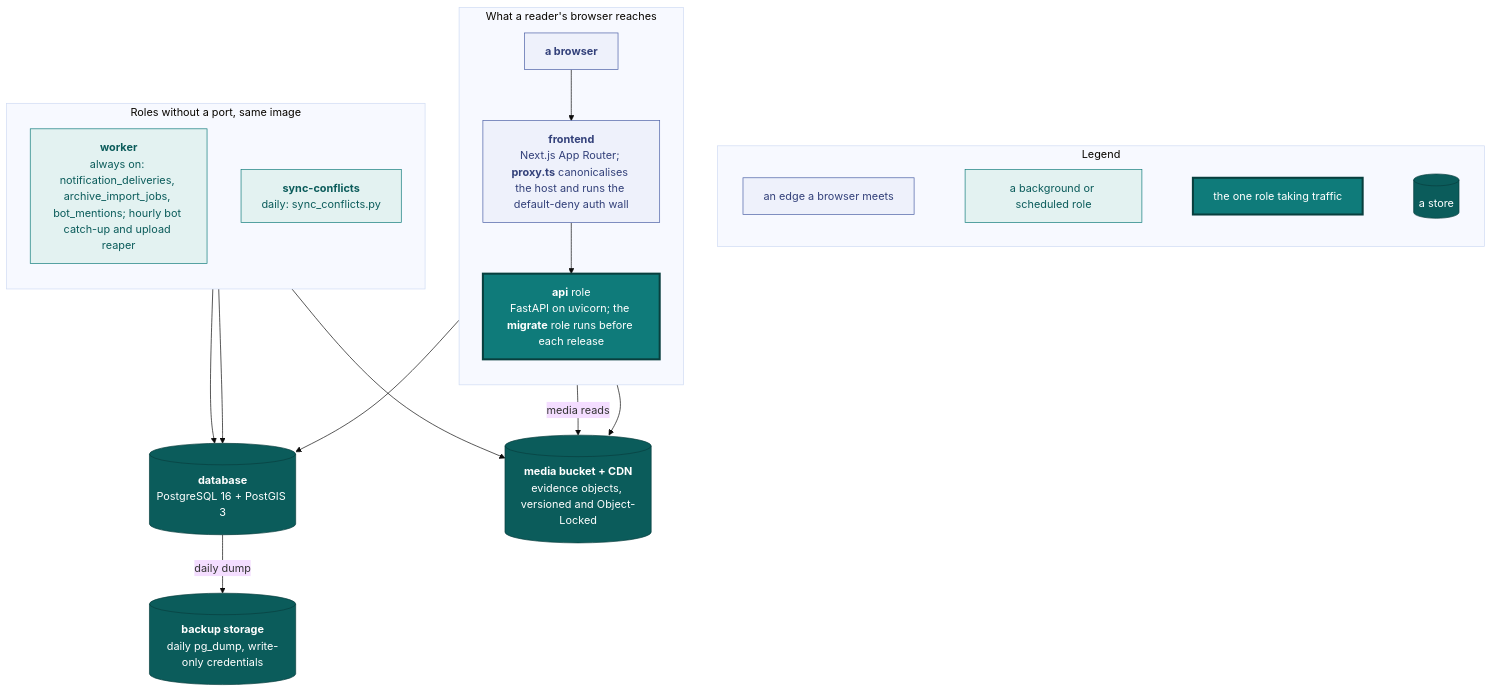
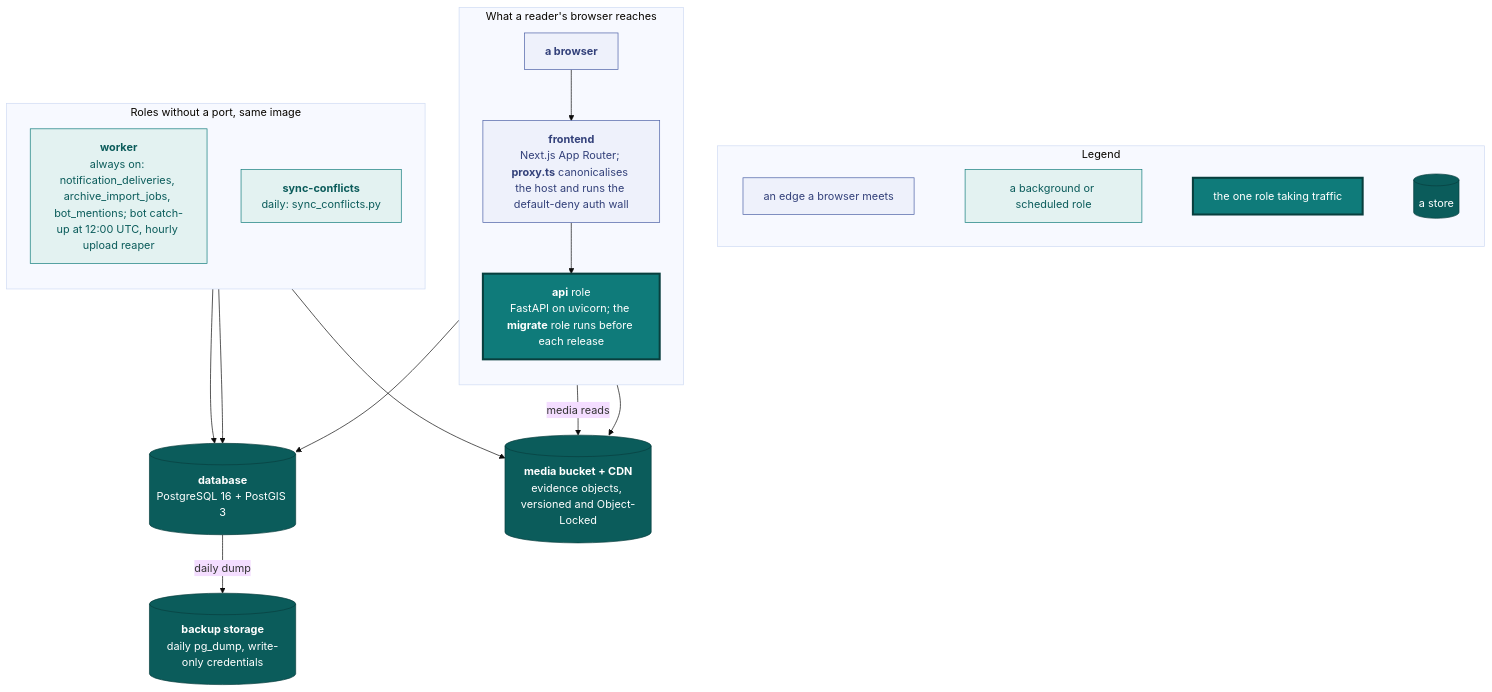
One commit to vidithq/vidit changed the first of 6 diagrams in docs/engineering.md. Above: the diagram before and after it, drawn with Mermaid (base theme). The commit also changed other lines of this file and 14 other files, not shown here.

````diff
--- a/docs/engineering.md
+++ b/docs/engineering.md
@@ -5,49 +5,49 @@
 ```mermaid
 flowchart TB
   classDef spec fill:#eef1fb,stroke:#4a5fa5,color:#33417a
   classDef shared fill:#e3f2f1,stroke:#0f7b7a,color:#0b5c5b
   classDef core fill:#0f7b7a,stroke:#083f3e,stroke-width:3px,color:#ffffff
   classDef store fill:#0b5c5b,stroke:#083f3e,color:#ffffff
 
   subgraph legend [Legend]
     direction LR
     l1["`an edge a browser meets`"]:::spec
     l2["`a background or scheduled role`"]:::shared
     l3["`the one role taking traffic`"]:::core
     l4[("`a store`")]:::store
     l1 ~~~ l2 ~~~ l3 ~~~ l4
   end
 
   subgraph traffic [What a reader's browser reaches]
     direction TB
     reader["`**a browser**`"]:::spec
     front["`**frontend**
     Next.js App Router; **proxy.ts** canonicalises the host and runs the default-deny auth wall`"]:::spec
     api["`**api** role
     FastAPI on uvicorn; the **migrate** role runs before each release`"]:::core
     reader --> front --> api
   end
 
   subgraph sched [Roles without a port, same image]
     direction TB
     worker["`**worker**
-    always on: notification_deliveries, archive_import_jobs, bot_mentions; hourly bot catch-up and upload reaper`"]:::shared
+    always on: notification_deliveries, archive_import_jobs, bot_mentions; bot catch-up at 12:00 UTC, hourly upload reaper`"]:::shared
     conf["`**sync-conflicts**
     daily: sync_conflicts.py`"]:::shared
   end
 
   db[("`**database**
   PostgreSQL 16 + PostGIS 3`")]:::store
   s3[("`**media bucket + CDN**
   evidence objects, versioned and Object-Locked`")]:::store
   bak[("`**backup storage**
   daily pg_dump, write-only credentials`")]:::store
 
   reader -- "media reads" --> s3
   api --> db
   api --> s3
   worker --> db
   conf --> db
   worker --> s3
   db -- "daily dump" --> bak
 ```
````
